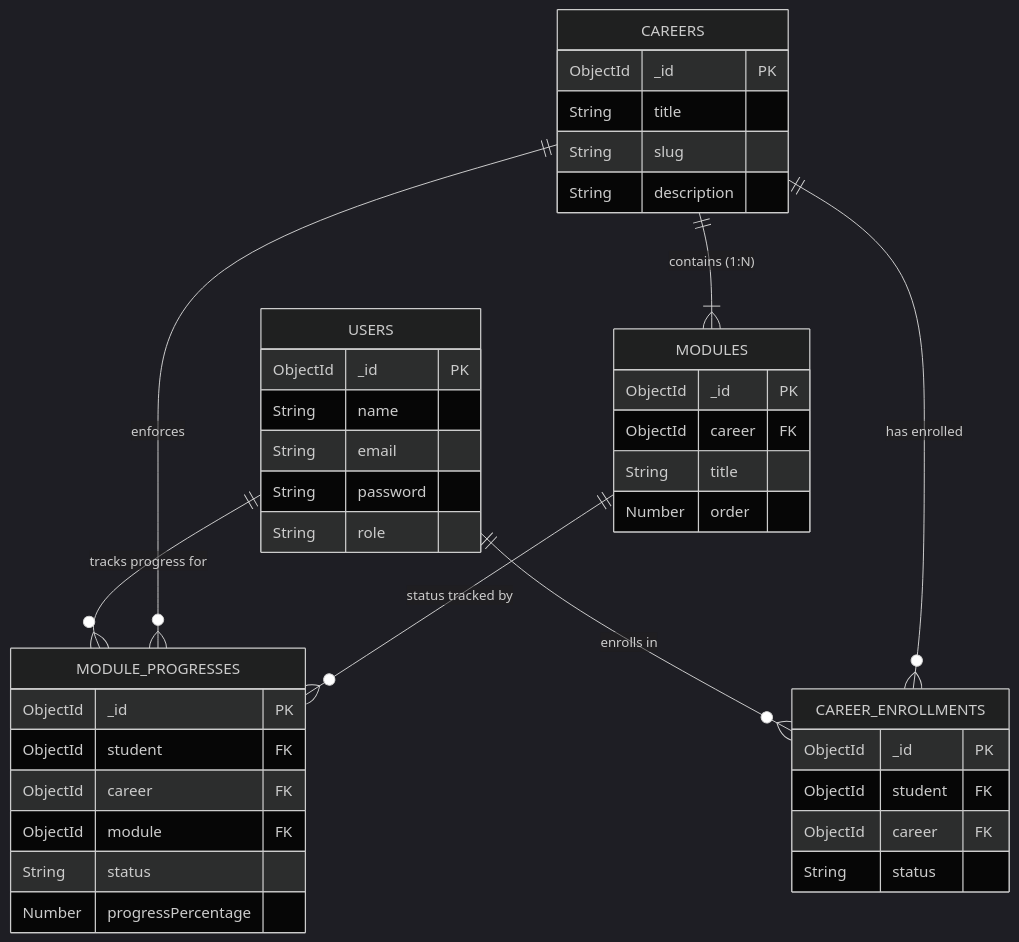
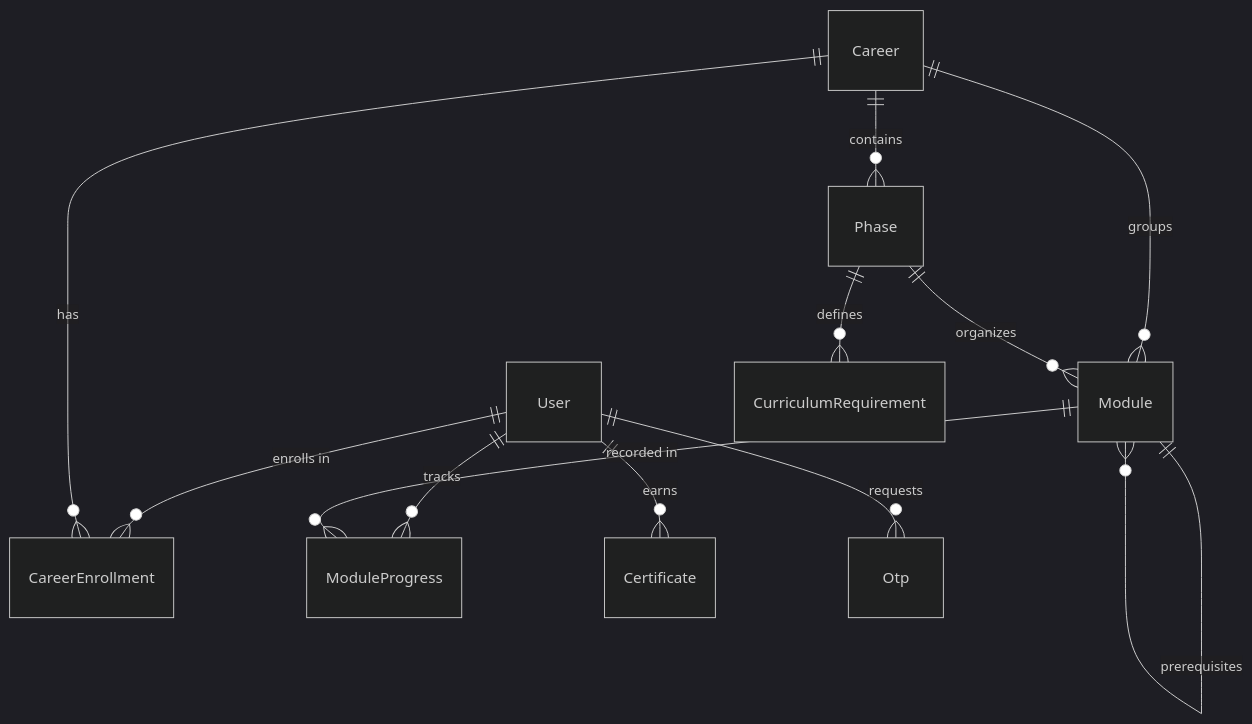
One commit to mhksharma140807/PathPilot changed the diagram in docs/DATABASE_SCHEMA.md. Above: the diagram before and after it, drawn with Mermaid (dark theme). The commit also changed other lines of this file and 11 other files, not shown here.

Commit message:
fix: complete V2 lesson progress flow and update documentation

````diff
--- a/docs/DATABASE_SCHEMA.md
+++ b/docs/DATABASE_SCHEMA.md
@@ -219,47 +5,14 @@
 ```mermaid
 erDiagram
-    USERS ||--o{ CAREER_ENROLLMENTS : "enrolls in"
-    USERS ||--o{ MODULE_PROGRESSES : "tracks progress for"
-    CAREERS ||--|{ MODULES : "contains (1:N)"
-    CAREERS ||--o{ CAREER_ENROLLMENTS : "has enrolled"
-    CAREERS ||--o{ MODULE_PROGRESSES : "enforces"
-    MODULES ||--o{ MODULE_PROGRESSES : "status tracked by"
-
-    USERS {
-        ObjectId _id PK
-        String name
-        String email
-        String password
-        String role
-    }
-
-    CAREERS {
-        ObjectId _id PK
-        String title
-        String slug
-        String description
-    }
-
-    MODULES {
-        ObjectId _id PK
-        ObjectId career FK
-        String title
-        Number order
-    }
-
-    CAREER_ENROLLMENTS {
-        ObjectId _id PK
-        ObjectId student FK
-        ObjectId career FK
-        String status
-    }
-
-    MODULE_PROGRESSES {
-        ObjectId _id PK
-        ObjectId student FK
-        ObjectId career FK
-        ObjectId module FK
-        String status
-        Number progressPercentage
-    }
+    User ||--o{ CareerEnrollment : "enrolls in"
+    User ||--o{ ModuleProgress : "tracks"
+    User ||--o{ Certificate : "earns"
+    User ||--o{ Otp : "requests"
+    Career ||--o{ Phase : "contains"
+    Career ||--o{ Module : "groups"
+    Career ||--o{ CareerEnrollment : "has"
+    Phase ||--o{ Module : "organizes"
+    Phase ||--o{ CurriculumRequirement : "defines"
+    Module ||--o{ ModuleProgress : "recorded in"
+    Module ||--o{ Module : "prerequisites"
 ```
````
